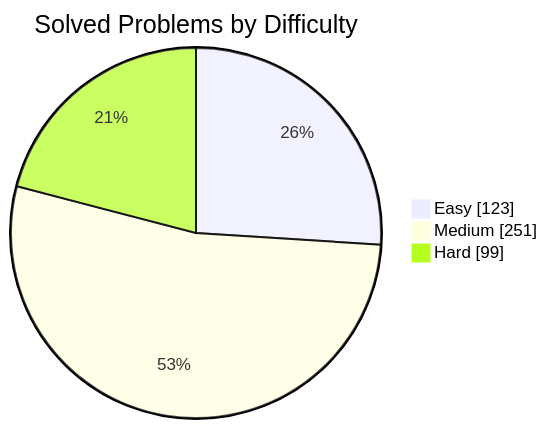
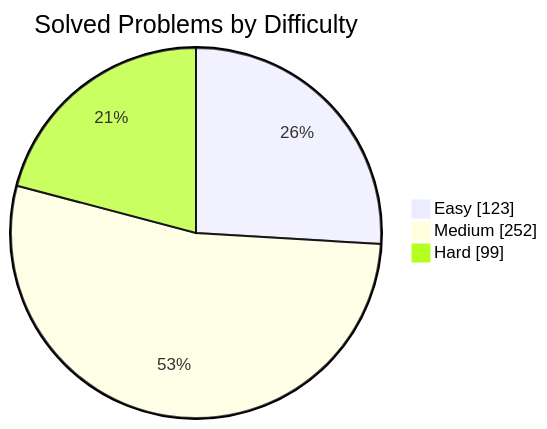
Before and after one commit to manikantbindass/DSA-Preparation-FAANG: the first of 2 diagrams in README.md, drawn with Mermaid. The commit also changed other lines of this file and 1 other file, not shown here.

````diff
--- a/README.md
+++ b/README.md
@@ -77,7 +77,7 @@
 ```mermaid
 pie showData
     title Solved Problems by Difficulty
     "Easy" : 123
-    "Medium" : 251
+    "Medium" : 252
     "Hard" : 99
 ```
````
